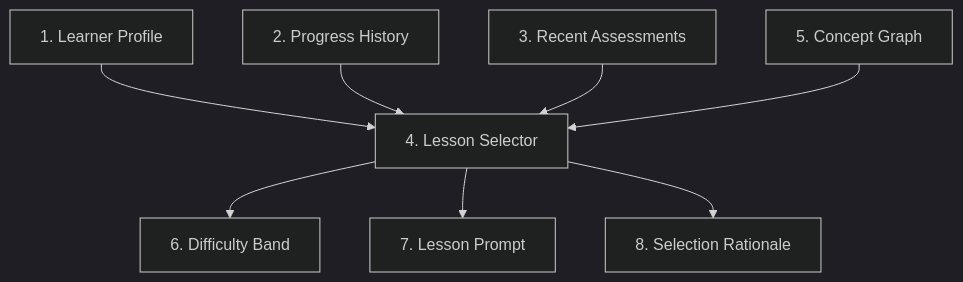
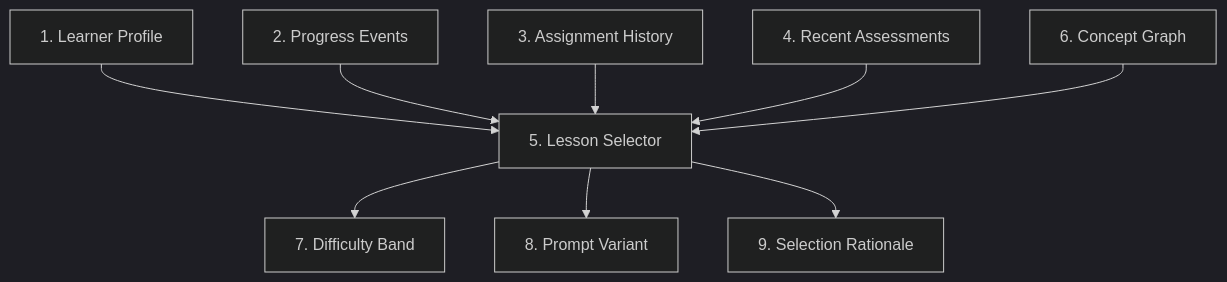
One commit to melaniesifen/RustSensei changed the diagram in docs/lld-adaptive-lessons.md. Above: the diagram before and after it, drawn with Mermaid (dark theme). The commit also changed other lines of this file and 4 other files, not shown here.

````diff
--- a/docs/lld-adaptive-lessons.md
+++ b/docs/lld-adaptive-lessons.md
@@ -256,10 +328,11 @@
 ```mermaid
 flowchart TD
-    Profile["1. Learner Profile"] --> Selector["4. Lesson Selector"]
-    Progress["2. Progress History"] --> Selector
-    Assessments["3. Recent Assessments"] --> Selector
-    Curriculum["5. Concept Graph"] --> Selector
-    Selector --> Difficulty["6. Difficulty Band"]
-    Selector --> Prompt["7. Lesson Prompt"]
-    Selector --> Rationale["8. Selection Rationale"]
+    Profile["1. Learner Profile"] --> Selector["5. Lesson Selector"]
+    Progress["2. Progress Events"] --> Selector
+    Assignments["3. Assignment History"] --> Selector
+    Assessments["4. Recent Assessments"] --> Selector
+    Curriculum["6. Concept Graph"] --> Selector
+    Selector --> Difficulty["7. Difficulty Band"]
+    Selector --> Variant["8. Prompt Variant"]
+    Selector --> Rationale["9. Selection Rationale"]
 ```
````
